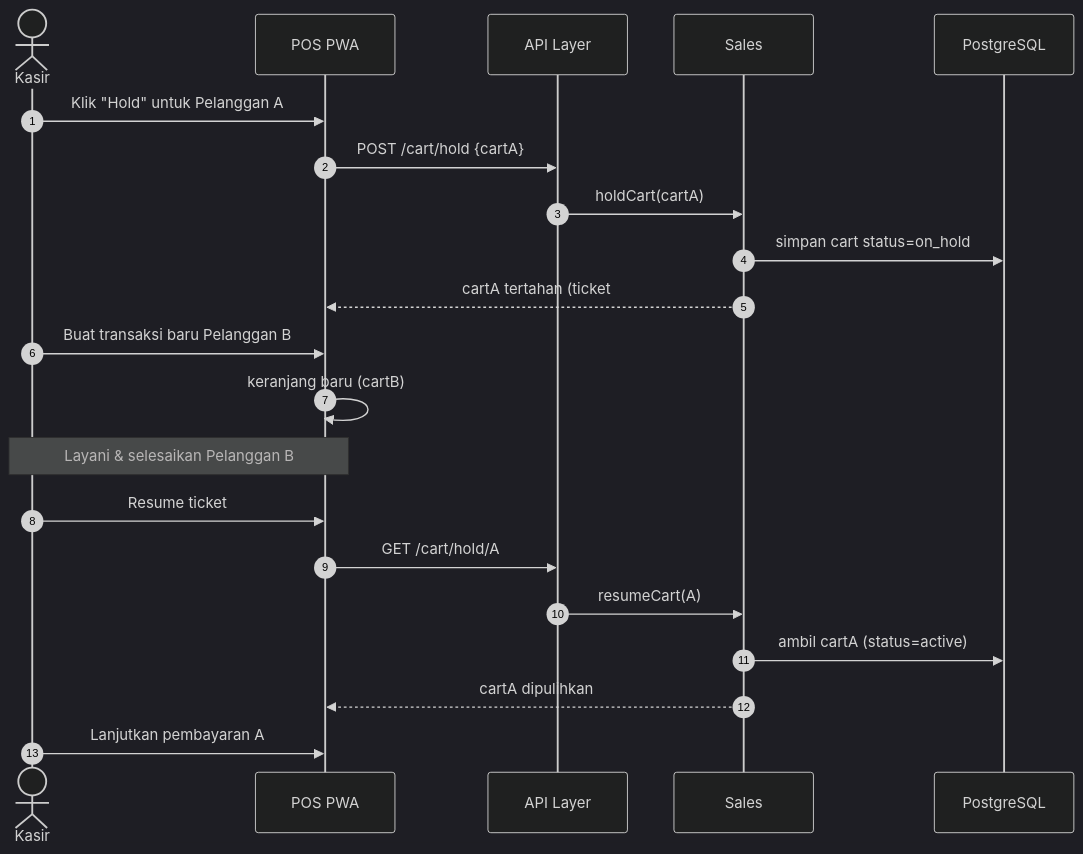
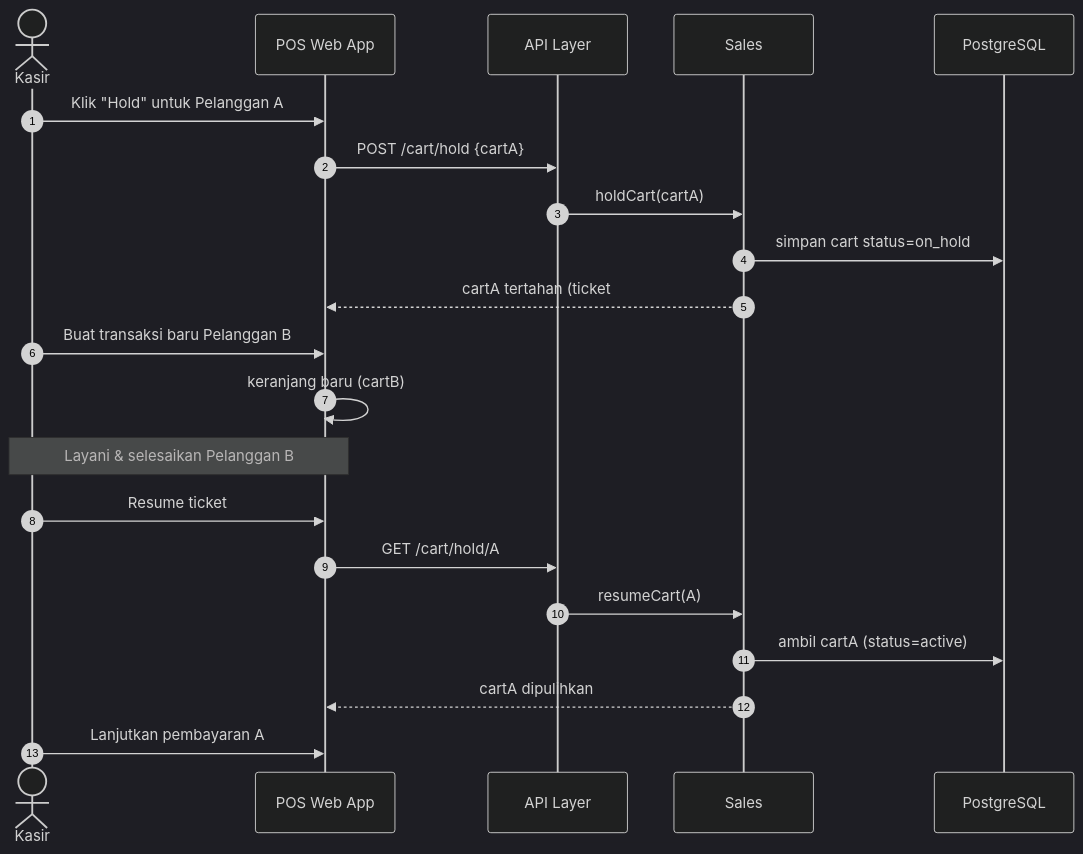
One commit to whaone/POS2026 changed the fifth of 31 diagrams in Sequence_Diagram.md. Above: the diagram before and after it, drawn with Mermaid (dark theme). The commit also changed other lines of this file and 3 other files, not shown here.

````diff
--- a/Sequence_Diagram.md
+++ b/Sequence_Diagram.md
@@ -234,26 +234,26 @@
 ```mermaid
 sequenceDiagram
     autonumber
     actor Kasir
-    participant PWA as POS PWA
+    participant POS as POS Web App
     participant API as API Layer
     participant SAL as Sales
     participant DB as PostgreSQL
  
-    Kasir->>PWA: Klik "Hold" untuk Pelanggan A
-    PWA->>API: POST /cart/hold {cartA}
+    Kasir->>POS: Klik "Hold" untuk Pelanggan A
+    POS->>API: POST /cart/hold {cartA}
     API->>SAL: holdCart(cartA)
     SAL->>DB: simpan cart status=on_hold
-    SAL-->>PWA: cartA tertahan (ticket #A)
+    SAL-->>POS: cartA tertahan (ticket #A)
  
-    Kasir->>PWA: Buat transaksi baru Pelanggan B
-    PWA->>PWA: keranjang baru (cartB)
-    Note over Kasir,PWA: Layani & selesaikan Pelanggan B
+    Kasir->>POS: Buat transaksi baru Pelanggan B
+    POS->>POS: keranjang baru (cartB)
+    Note over Kasir,POS: Layani & selesaikan Pelanggan B
  
-    Kasir->>PWA: Resume ticket #A
-    PWA->>API: GET /cart/hold/A
+    Kasir->>POS: Resume ticket #A
+    POS->>API: GET /cart/hold/A
     API->>SAL: resumeCart(A)
     SAL->>DB: ambil cartA (status=active)
-    SAL-->>PWA: cartA dipulihkan
-    Kasir->>PWA: Lanjutkan pembayaran A
+    SAL-->>POS: cartA dipulihkan
+    Kasir->>POS: Lanjutkan pembayaran A
 ```
````
